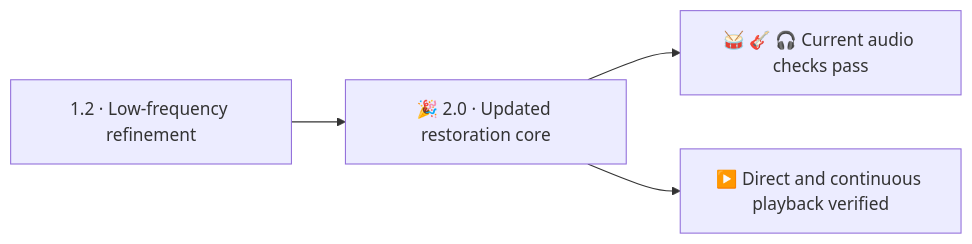
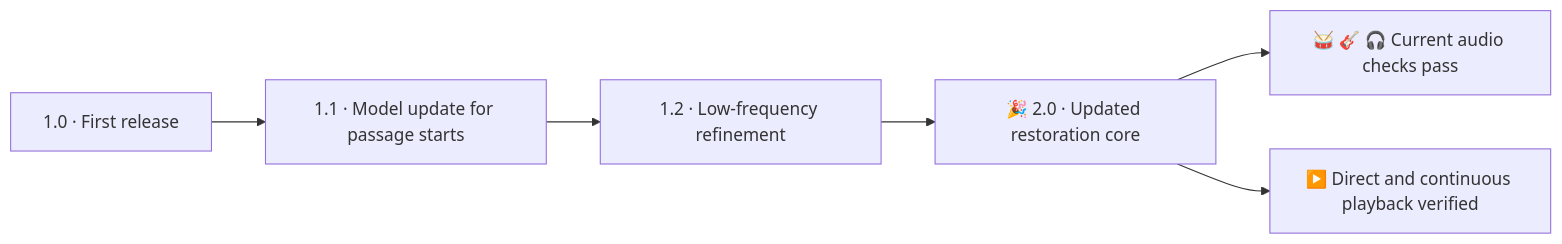
One commit to coopermone/artifact-sweep changed the diagram in README.md. Above: the diagram before and after it, drawn with Mermaid.

Commit message:
Restore complete version timeline from 1.0 through 2.0

````diff
--- a/README.md
+++ b/README.md
@@ -85,6 +85,8 @@
 ```mermaid
 flowchart LR
+    V10["1.0 · First release"] --> V11["1.1 · Model update for passage starts"]
+    V11 --> V12
     V12["1.2 · Low-frequency refinement"] --> V20["🎉 2.0 · Updated restoration core"]
     V20 --> Audio["🥁 🎸 🎧 Current audio checks pass"]
     V20 --> Playback["▶️ Direct and continuous playback verified"]
 ```
````
